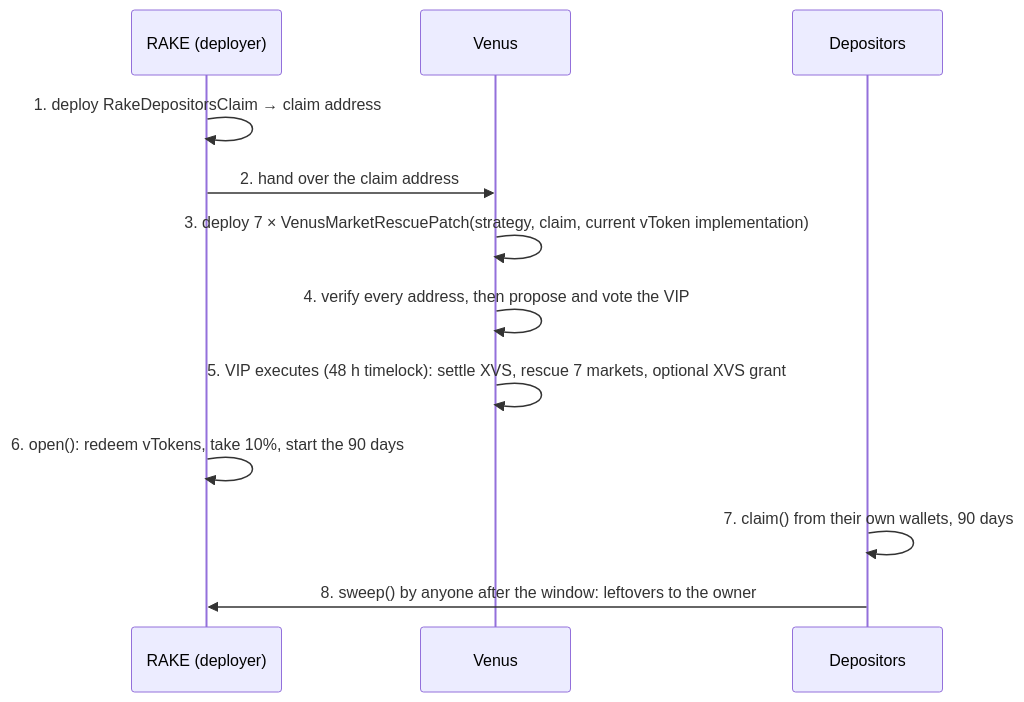
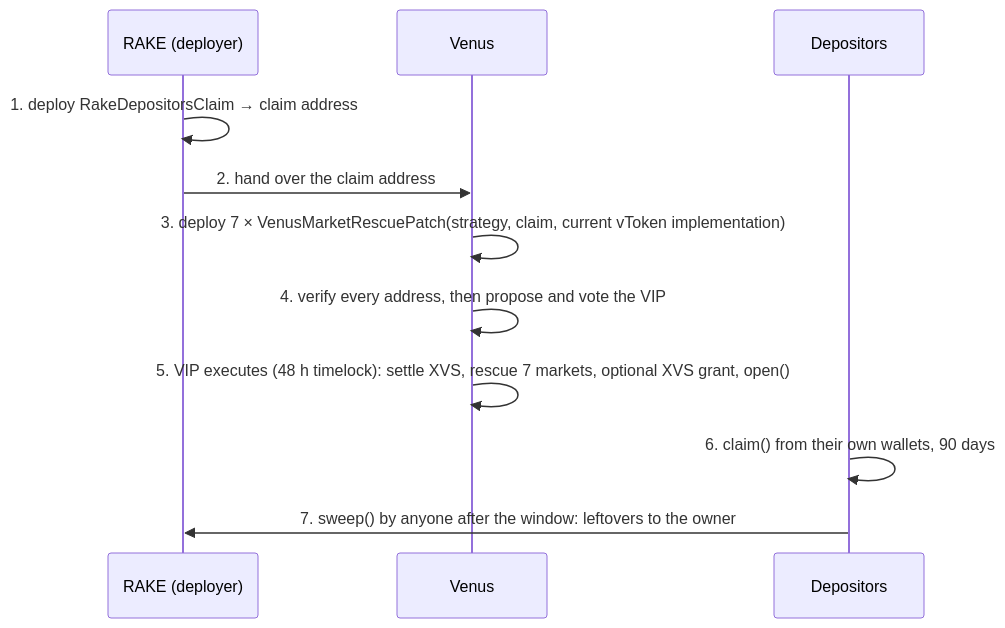
The third of 6 diagrams in APPENDIX.md (Lefgk/rake-venus-proposal-short), drawn with Mermaid before and after one commit. The commit also changed other lines of this file and 9 other files, not shown here.

Commit message:
Claim window opens inside the VIP: only the Timelock calls open(), no 120-day sweep

````diff
--- a/APPENDIX.md
+++ b/APPENDIX.md
@@ -71,14 +73,13 @@
 ```mermaid
 sequenceDiagram
     participant R as RAKE (deployer)
     participant V as Venus
     participant D as Depositors
     R->>R: 1. deploy RakeDepositorsClaim → claim address
     R->>V: 2. hand over the claim address
     V->>V: 3. deploy 7 × VenusMarketRescuePatch(strategy, claim, current vToken implementation)
     V->>V: 4. verify every address, then propose and vote the VIP
-    V->>V: 5. VIP executes (48 h timelock): settle XVS, rescue 7 markets, optional XVS grant
-    R->>R: 6. open(): redeem vTokens, take 10%, start the 90 days
-    D->>D: 7. claim() from their own wallets, 90 days
-    D->>R: 8. sweep() by anyone after the window: leftovers to the owner
+    V->>V: 5. VIP executes (48 h timelock): settle XVS, rescue 7 markets, optional XVS grant, open()
+    D->>D: 6. claim() from their own wallets, 90 days
+    D->>R: 7. sweep() by anyone after the window: leftovers to the owner
 ```
````
